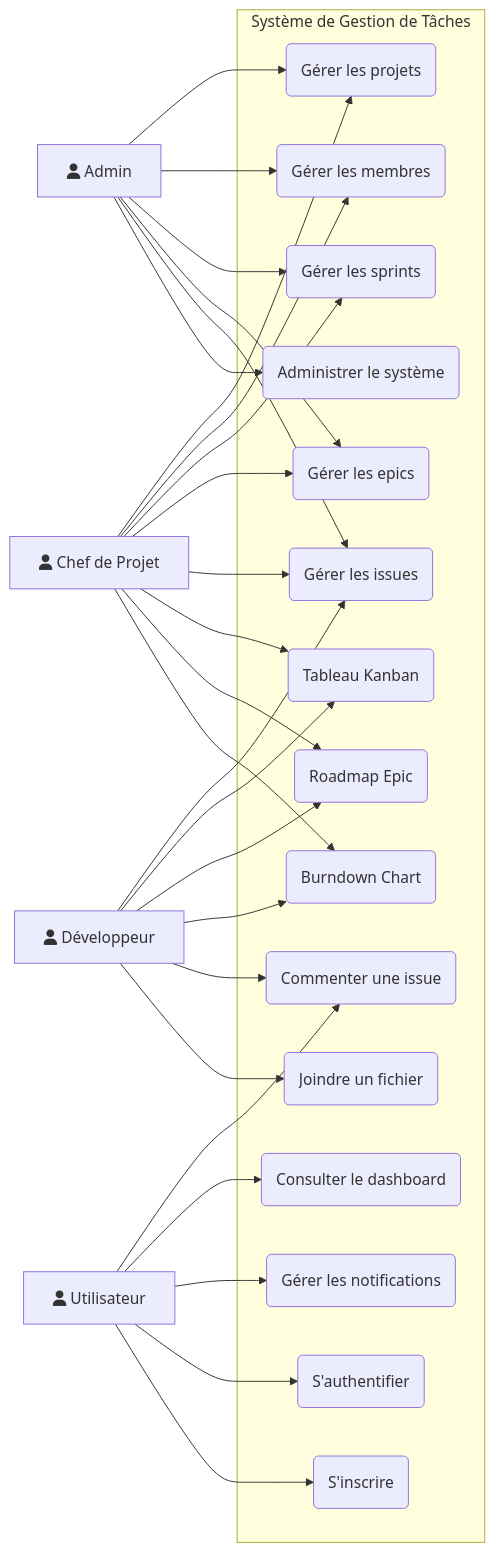
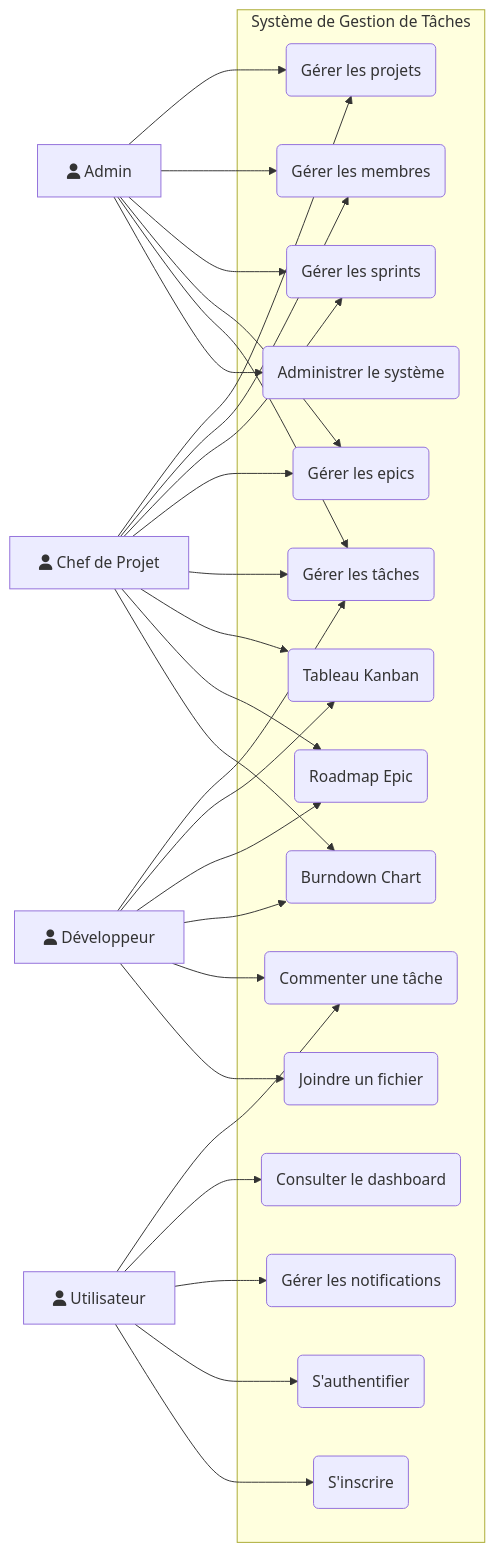
Before and after one commit to 24231-Brahim/gestion_taches: the second of 19 diagrams in docs/fiche-classes.md, drawn with Mermaid. The commit also changed other lines of this file and 42 other files, not shown here.

````diff
--- a/docs/fiche-classes.md
+++ b/docs/fiche-classes.md
@@ -156,54 +152,54 @@
 ```mermaid
 graph LR
     A["fa:fa-user Admin"]
     PM["fa:fa-user Chef de Projet"]
     DEV["fa:fa-user Développeur"]
     U["fa:fa-user Utilisateur"]
 
     subgraph Systeme["Système de Gestion de Tâches"]
         UC1("Gérer les projets")
         UC2("Gérer les membres")
         UC3("Gérer les sprints")
         UC4("Gérer les epics")
-        UC5("Gérer les issues")
+        UC5("Gérer les tâches")
         UC6("Tableau Kanban")
         UC7("Roadmap Epic")
         UC8("Burndown Chart")
-        UC9("Commenter une issue")
+        UC9("Commenter une tâche")
         UC10("Joindre un fichier")
         UC11("Consulter le dashboard")
         UC12("Gérer les notifications")
         UC13("Administrer le système")
         UC14("S'authentifier")
         UC15("S'inscrire")
     end
 
     A --> UC1
     A --> UC2
     A --> UC3
     A --> UC4
     A --> UC5
     A --> UC13
 
     PM --> UC1
     PM --> UC2
     PM --> UC3
     PM --> UC4
     PM --> UC5
     PM --> UC6
     PM --> UC7
     PM --> UC8
 
     DEV --> UC5
     DEV --> UC6
     DEV --> UC7
     DEV --> UC8
     DEV --> UC9
     DEV --> UC10
 
     U --> UC9
     U --> UC11
     U --> UC12
     U --> UC14
     U --> UC15
 ```
````
